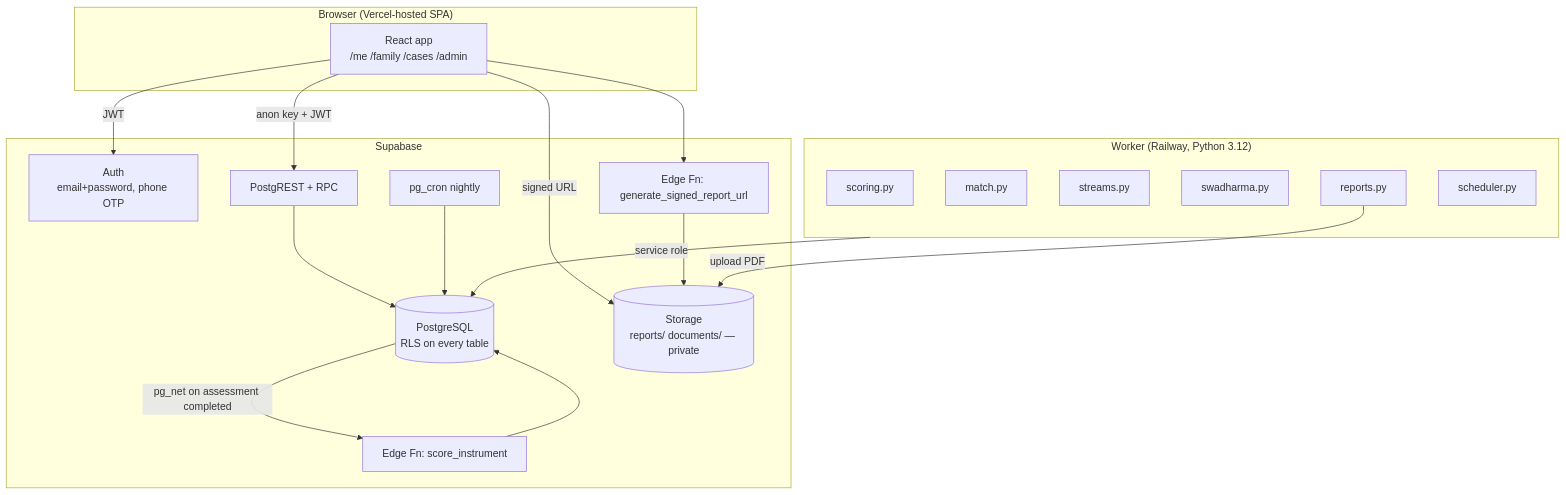
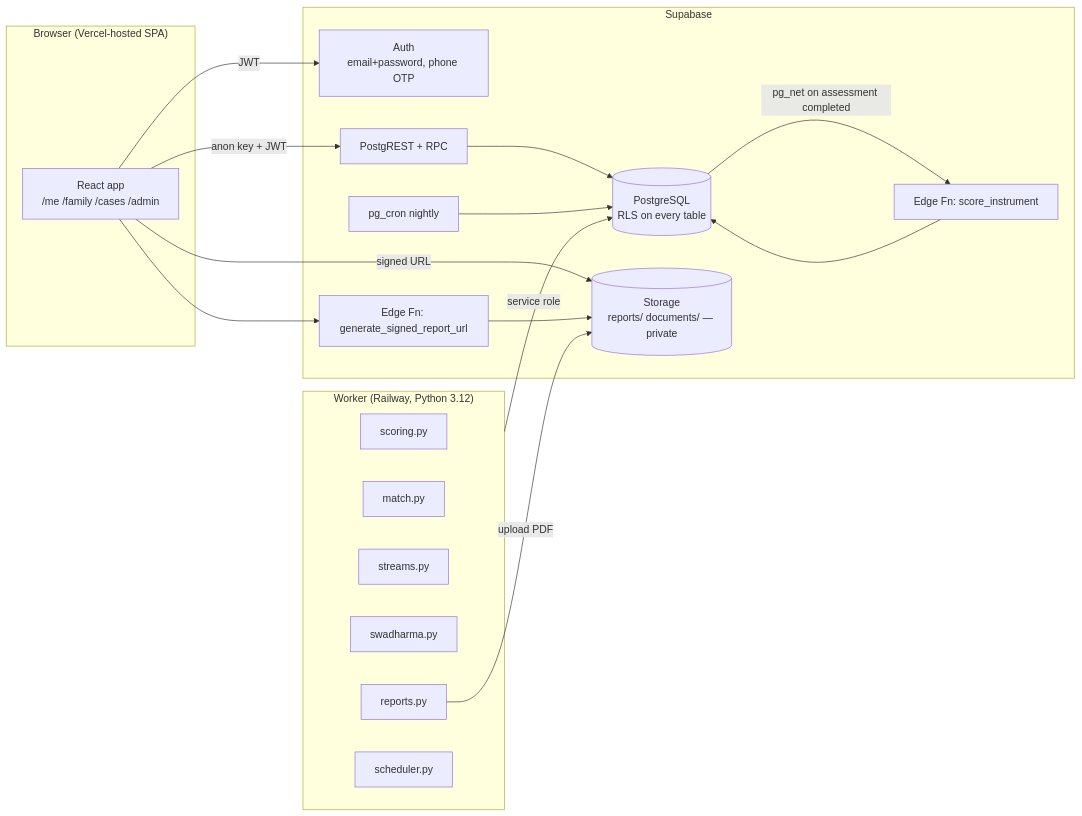
The first of 5 diagrams in docs/design/HLD.md (ys77-max/SwadharmaPath), drawn with Mermaid before and after one commit. The commit also changed other lines of this file and 28 other files, not shown here.

First line of the commit message:
Add Word (.docx) versions of all docs, more diagrams, and auto-rebuild on main

````diff
--- a/docs/design/HLD.md
+++ b/docs/design/HLD.md
@@ -23,32 +23,32 @@
 ```mermaid
-flowchart TB
+flowchart LR
   subgraph Client["Browser (Vercel-hosted SPA)"]
     UI[React app<br/>/me /family /cases /admin]
   end
   subgraph SB["Supabase"]
     AUTH[Auth<br/>email+password, phone OTP]
     API[PostgREST + RPC]
     DB[(PostgreSQL<br/>RLS on every table)]
     ST[(Storage<br/>reports/ documents/ — private)]
     EF1[Edge Fn: score_instrument]
     EF2[Edge Fn: generate_signed_report_url]
     CRON[pg_cron nightly]
   end
   subgraph W["Worker (Railway, Python 3.12)"]
     SC[scoring.py]
     MA[match.py]
     STR[streams.py]
     SW[swadharma.py]
     RP[reports.py]
     SCH[scheduler.py]
   end
   UI -- JWT --> AUTH
   UI -- anon key + JWT --> API --> DB
   UI -- signed URL --> ST
   UI --> EF2 --> ST
   DB -- pg_net on assessment completed --> EF1
   EF1 --> DB
   CRON --> DB
   W -- service role --> DB
   RP -- upload PDF --> ST
 ```
````
